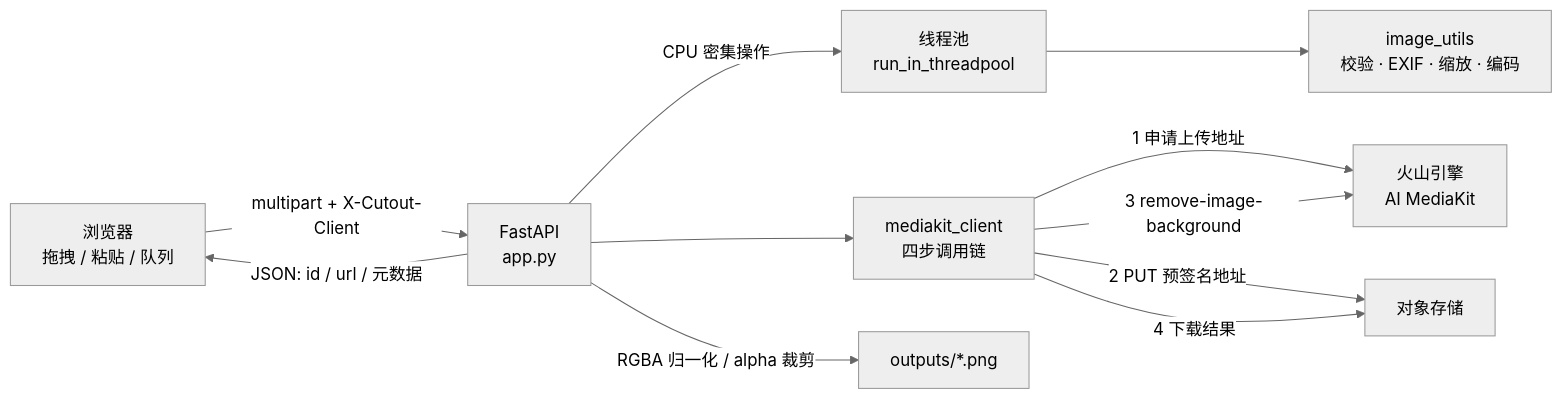
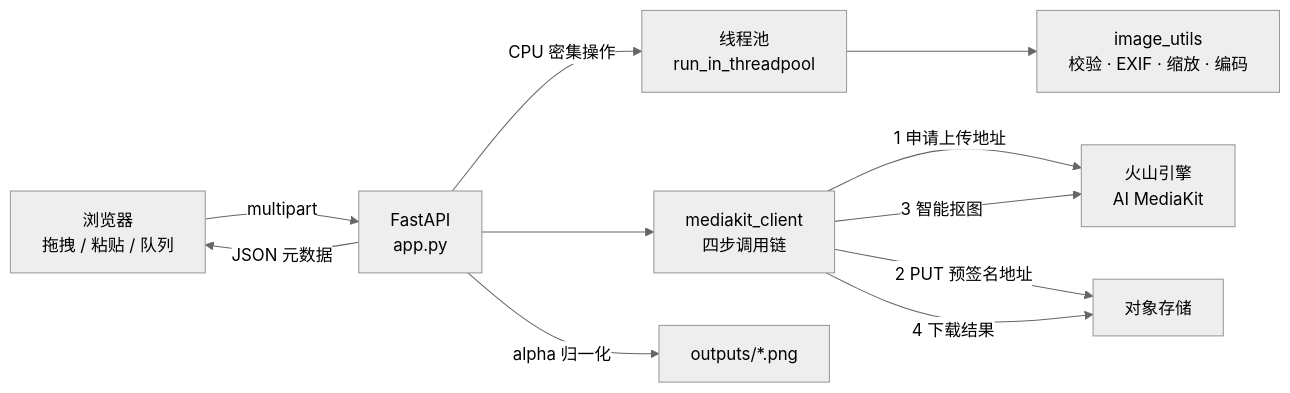
One commit to jmlistening/ai-cutout-studio changed the first of 2 diagrams in README.md. Above: the diagram before and after it, drawn with Mermaid (neutral theme). The commit also changed other lines of this file and 11 other files, not shown here.

````diff
--- a/README.md
+++ b/README.md
@@ -100,13 +100,13 @@
 ```mermaid
 flowchart LR
-    B["浏览器<br/>拖拽 / 粘贴 / 队列"] -->|multipart + X-Cutout-Client| A["FastAPI<br/>app.py"]
+    B["浏览器<br/>拖拽 / 粘贴 / 队列"] -->|multipart| A["FastAPI<br/>app.py"]
     A -->|CPU 密集操作| T["线程池<br/>run_in_threadpool"]
     T --> U["image_utils<br/>校验 · EXIF · 缩放 · 编码"]
     A --> C["mediakit_client<br/>四步调用链"]
     C -->|1 申请上传地址| M["火山引擎<br/>AI MediaKit"]
     C -->|2 PUT 预签名地址| S["对象存储"]
-    C -->|3 remove-image-background| M
+    C -->|3 智能抠图| M
     C -->|4 下载结果| S
-    A -->|RGBA 归一化 / alpha 裁剪| O["outputs/*.png"]
-    A -->|JSON: id / url / 元数据| B
+    A -->|alpha 归一化| O["outputs/*.png"]
+    A -->|JSON 元数据| B
 ```
````
